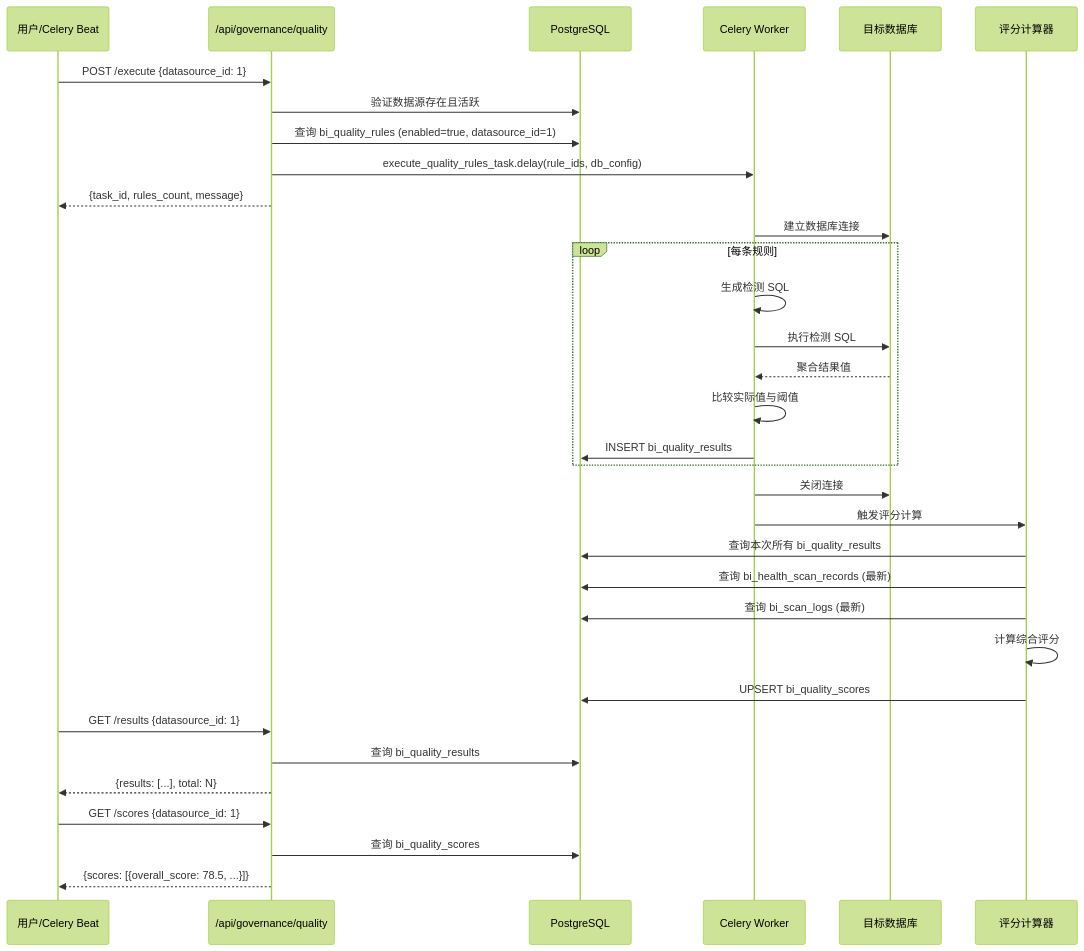
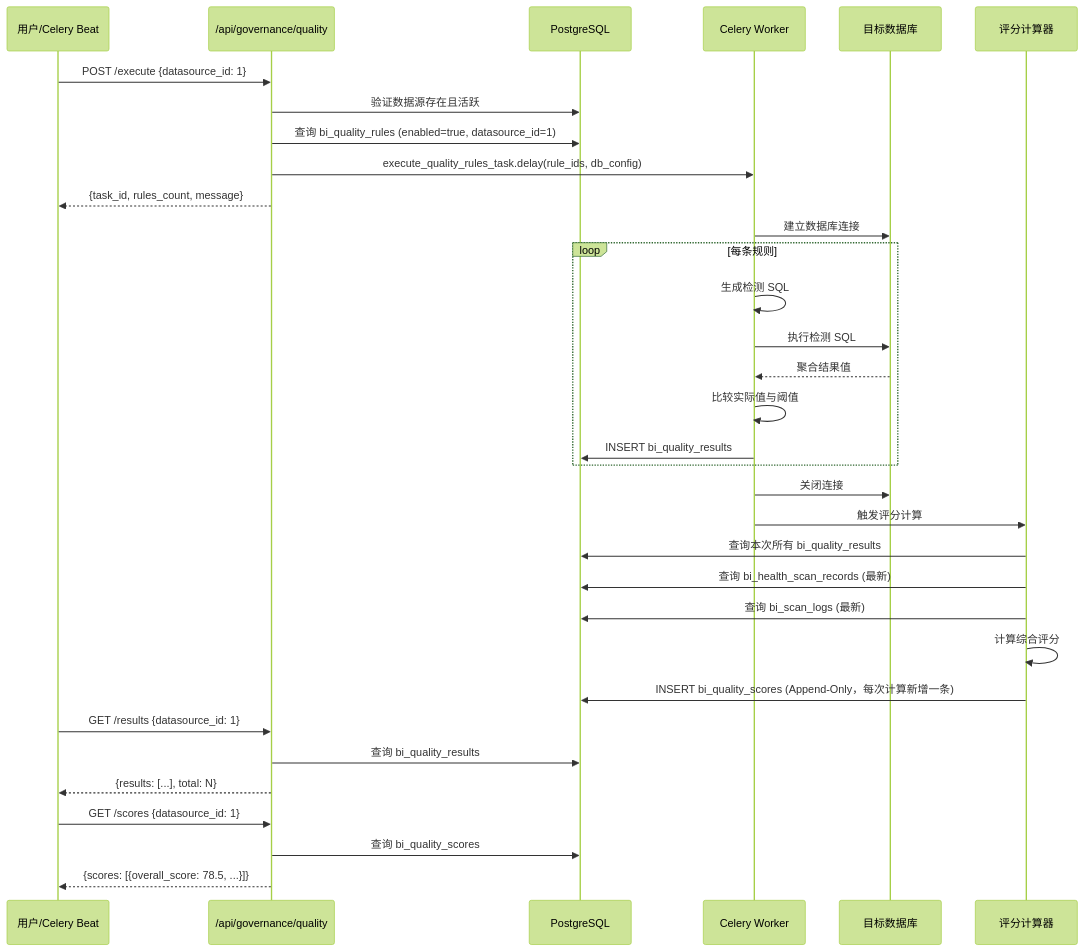
Before and after one commit to Forrest219/mulan-bi-platform: the second of 3 diagrams in docs/specs/15-data-governance-quality-spec.md, drawn with Mermaid (forest theme). The commit also changed other lines of this file and 112 other files, not shown here.

````diff
--- a/docs/specs/15-data-governance-quality-spec.md
+++ b/docs/specs/15-data-governance-quality-spec.md
@@ -762,40 +816,40 @@
 ```mermaid
 sequenceDiagram
     participant User as 用户/Celery Beat
     participant API as /api/governance/quality
     participant DB as PostgreSQL
     participant Celery as Celery Worker
     participant Target as 目标数据库
     participant Score as 评分计算器
 
     User->>API: POST /execute {datasource_id: 1}
     API->>DB: 验证数据源存在且活跃
     API->>DB: 查询 bi_quality_rules (enabled=true, datasource_id=1)
     API->>Celery: execute_quality_rules_task.delay(rule_ids, db_config)
     API-->>User: {task_id, rules_count, message}
 
     Celery->>Target: 建立数据库连接
     loop 每条规则
         Celery->>Celery: 生成检测 SQL
         Celery->>Target: 执行检测 SQL
         Target-->>Celery: 聚合结果值
         Celery->>Celery: 比较实际值与阈值
         Celery->>DB: INSERT bi_quality_results
     end
     Celery->>Target: 关闭连接
 
     Celery->>Score: 触发评分计算
     Score->>DB: 查询本次所有 bi_quality_results
     Score->>DB: 查询 bi_health_scan_records (最新)
     Score->>DB: 查询 bi_scan_logs (最新)
     Score->>Score: 计算综合评分
-    Score->>DB: UPSERT bi_quality_scores
+    Score->>DB: INSERT bi_quality_scores (Append-Only，每次计算新增一条)
 
     User->>API: GET /results {datasource_id: 1}
     API->>DB: 查询 bi_quality_results
     API-->>User: {results: [...], total: N}
 
     User->>API: GET /scores {datasource_id: 1}
     API->>DB: 查询 bi_quality_scores
     API-->>User: {scores: [{overall_score: 78.5, ...}]}
 ```
````
